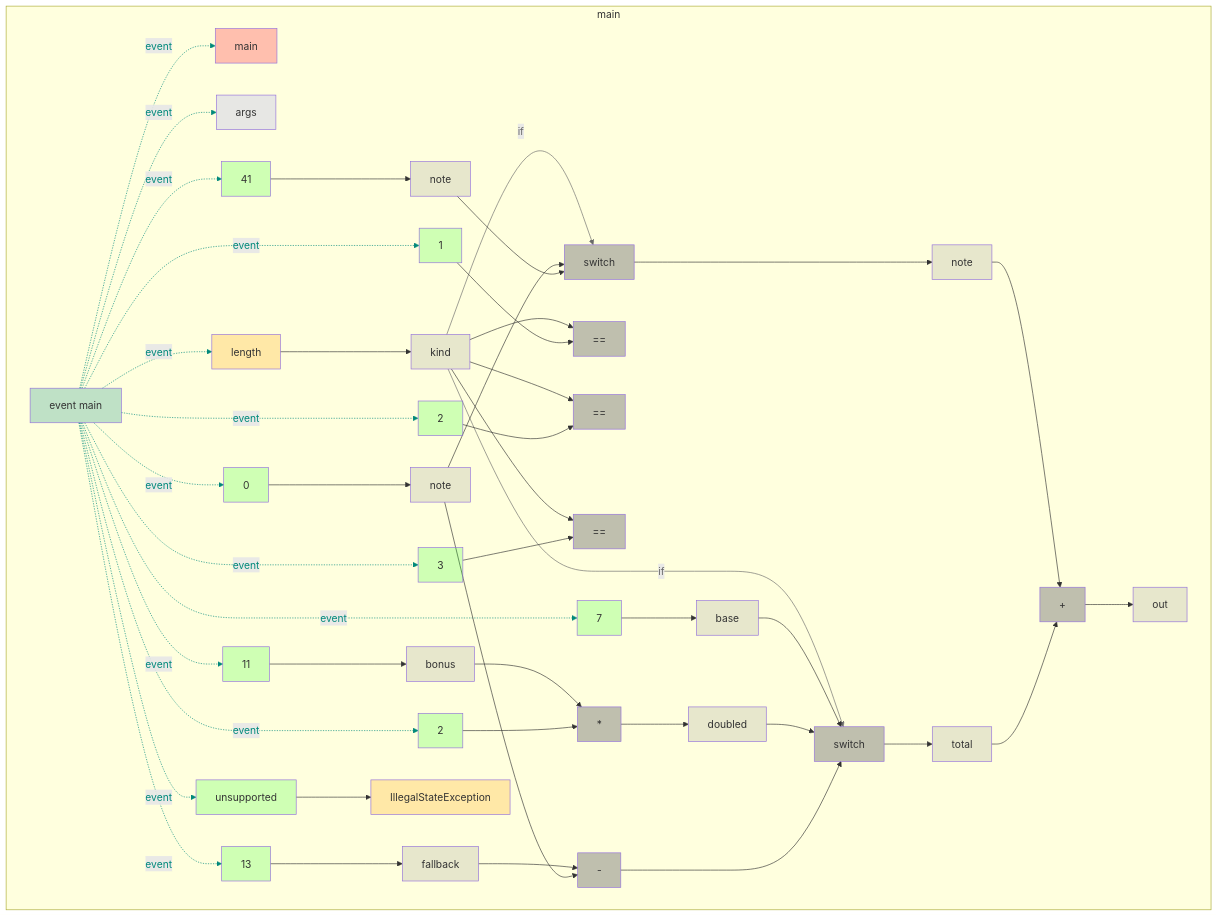
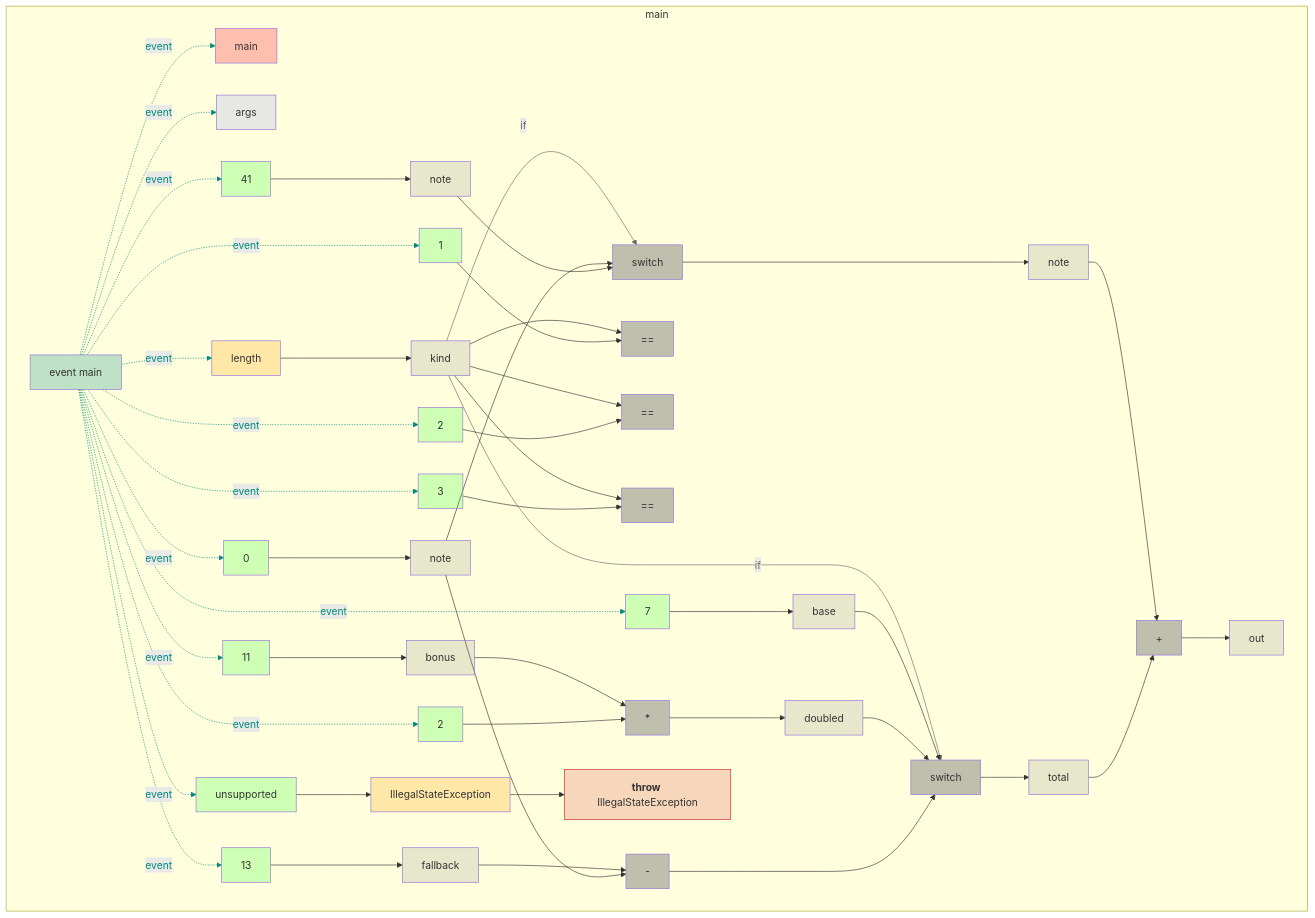
Before and after one commit to gstiebler/codeflow: the diagram in app/src/test/resources/switchExpression/snapshot.md, drawn with Mermaid. The commit also changed 37 other files, not shown here.

````diff
--- a/app/src/test/resources/switchExpression/snapshot.md
+++ b/app/src/test/resources/switchExpression/snapshot.md
@@ -28,12 +28,13 @@
     n25[-]:::BIN_OP
     n26["unsupported"]:::LITERAL
     n27[IllegalStateException]:::EXTERNAL
-    n28[switch]:::BIN_OP
-    n29[note]:::VARIABLE
-    n30[switch]:::BIN_OP
-    n31[total]:::VARIABLE
-    n32[+]:::BIN_OP
-    n33[out]:::VARIABLE
+    n28["`**throw** IllegalStateException`"]:::THROW
+    n29[switch]:::BIN_OP
+    n30[note]:::VARIABLE
+    n31[switch]:::BIN_OP
+    n32[total]:::VARIABLE
+    n33[+]:::BIN_OP
+    n34[out]:::VARIABLE
     n1[event main]:::EVENT -. event .-> n2[main]:::RETURN
     n1[event main]:::EVENT -. event .-> n3[args]:::FUNC_PARAM
     n1[event main]:::EVENT -. event .-> n4[length]:::EXTERNAL
@@ -51,32 +52,33 @@
     n5[kind]:::VARIABLE --> n15[==]:::BIN_OP
     n5[kind]:::VARIABLE --> n17[==]:::BIN_OP
     n5[kind]:::VARIABLE --> n24[==]:::BIN_OP
-    n5[kind]:::VARIABLE -->|if| n28[switch]:::BIN_OP
-    n5[kind]:::VARIABLE -->|if| n30[switch]:::BIN_OP
+    n5[kind]:::VARIABLE -->|if| n29[switch]:::BIN_OP
+    n5[kind]:::VARIABLE -->|if| n31[switch]:::BIN_OP
     n6[7]:::LITERAL --> n7[base]:::VARIABLE
-    n7[base]:::VARIABLE --> n30[switch]:::BIN_OP
+    n7[base]:::VARIABLE --> n31[switch]:::BIN_OP
     n8[11]:::LITERAL --> n9[bonus]:::VARIABLE
     n9[bonus]:::VARIABLE --> n21[*]:::BIN_OP
     n10[13]:::LITERAL --> n11[fallback]:::VARIABLE
     n11[fallback]:::VARIABLE --> n25[-]:::BIN_OP
     n12[0]:::LITERAL --> n13[note]:::VARIABLE
     n13[note]:::VARIABLE --> n25[-]:::BIN_OP
-    n13[note]:::VARIABLE --> n28[switch]:::BIN_OP
+    n13[note]:::VARIABLE --> n29[switch]:::BIN_OP
     n14[1]:::LITERAL --> n15[==]:::BIN_OP
     n16[2]:::LITERAL --> n17[==]:::BIN_OP
     n18[41]:::LITERAL --> n19[note]:::VARIABLE
-    n19[note]:::VARIABLE --> n28[switch]:::BIN_OP
+    n19[note]:::VARIABLE --> n29[switch]:::BIN_OP
     n20[2]:::LITERAL --> n21[*]:::BIN_OP
     n21[*]:::BIN_OP --> n22[doubled]:::VARIABLE
-    n22[doubled]:::VARIABLE --> n30[switch]:::BIN_OP
+    n22[doubled]:::VARIABLE --> n31[switch]:::BIN_OP
     n23[3]:::LITERAL --> n24[==]:::BIN_OP
-    n25[-]:::BIN_OP --> n30[switch]:::BIN_OP
+    n25[-]:::BIN_OP --> n31[switch]:::BIN_OP
     n26["unsupported"]:::LITERAL --> n27[IllegalStateException]:::EXTERNAL
-    n28[switch]:::BIN_OP --> n29[note]:::VARIABLE
-    n29[note]:::VARIABLE --> n32[+]:::BIN_OP
-    n30[switch]:::BIN_OP --> n31[total]:::VARIABLE
-    n31[total]:::VARIABLE --> n32[+]:::BIN_OP
-    n32[+]:::BIN_OP --> n33[out]:::VARIABLE
+    n27[IllegalStateException]:::EXTERNAL --> n28["`**throw** IllegalStateException`"]:::THROW
+    n29[switch]:::BIN_OP --> n30[note]:::VARIABLE
+    n30[note]:::VARIABLE --> n33[+]:::BIN_OP
+    n31[switch]:::BIN_OP --> n32[total]:::VARIABLE
+    n32[total]:::VARIABLE --> n33[+]:::BIN_OP
+    n33[+]:::BIN_OP --> n34[out]:::VARIABLE
   end
   linkStyle 0 stroke:#00897b,color:#00897b
   linkStyle 1 stroke:#00897b,color:#00897b
@@ -101,4 +103,5 @@
   classDef EXTERNAL fill:#FFA50040
   classDef UNMODELLED fill:#FF000030,stroke-dasharray: 4 2
   classDef EVENT fill:#00897B40
+  classDef THROW fill:#D32F2F30,stroke:#C62828
 ```
````
